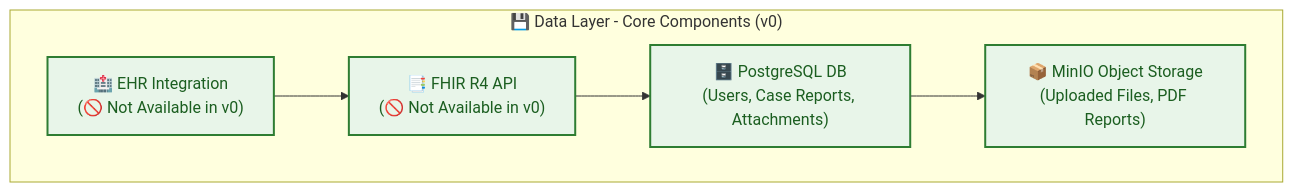
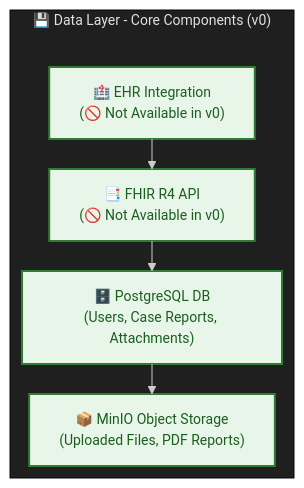
The fifth of 6 diagrams in PRD.md (hr1juldey/FairWorks_FairDOC), drawn with Mermaid before and after one commit.

````diff
--- a/PRD.md
+++ b/PRD.md
@@ -608,16 +608,24 @@
 ```mermaid
+---
+config:
+  layout: elk
+  theme: neo-dark
+---
 flowchart TB
-  V["🏥 EHR Integration<br/>(🚫 Not Available in v0)"]:::data
-  W["📑 FHIR R4 API<br/>(🚫 Not Available in v0)"]:::data
-  X["🗄️ PostgreSQL DB<br/>(Users, Case Reports, Attachments)"]:::data
-  Y["📦 MinIO Object Storage<br/>(Uploaded Files, PDF Reports)"]:::data
-
-  subgraph "💾 Data Layer - Core Components (v0)"
+ subgraph subGraph0["💾 Data Layer - Core Components (v0)"]
+        W["📑 FHIR R4 API<br>(🚫 Not Available in v0)"]
+        V["🏥 EHR Integration<br>(🚫 Not Available in v0)"]
+        X["🗄️ PostgreSQL DB<br>(Users, Case Reports, Attachments)"]
+        Y["📦 MinIO Object Storage<br>(Uploaded Files, PDF Reports)"]
+  end
     V --> W
     W --> X
     X --> Y
-  end
+     V:::data
+     W:::data
+     X:::data
+     Y:::data
+    classDef data fill:#E8F5E9,stroke:#2E7D32,stroke-width:2px,color:#1B5E20
 
-  classDef data fill:#E8F5E9,stroke:#2E7D32,stroke-width:2px,color:#1B5E20;
 
 ```
````
